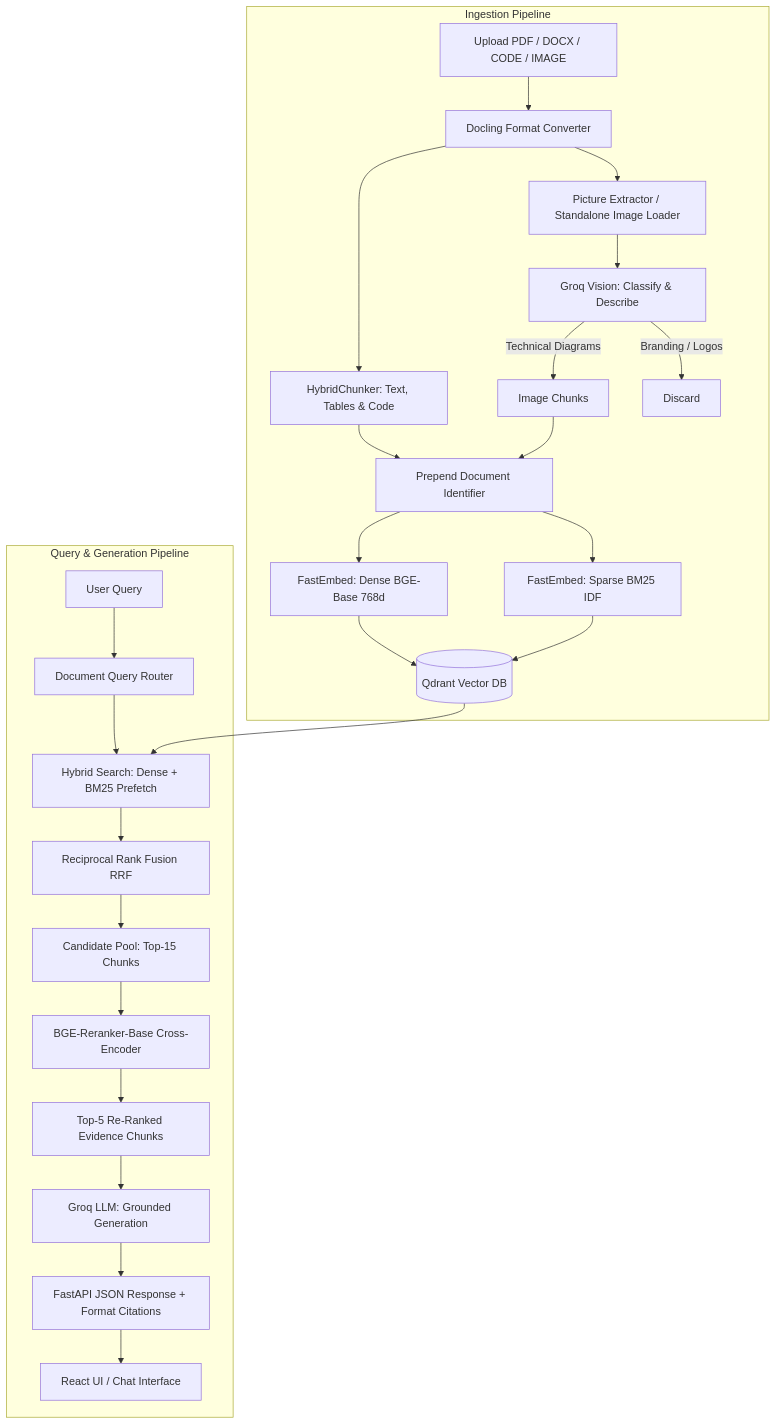
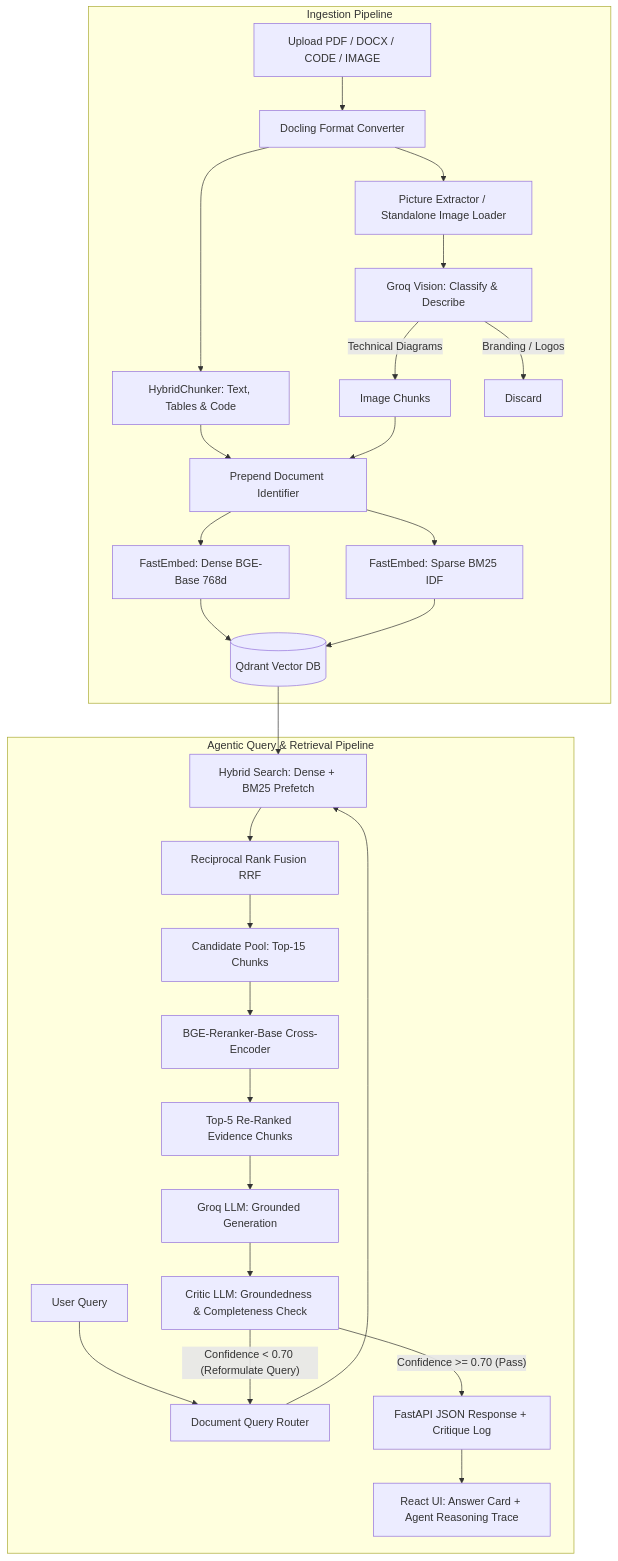
Before and after one commit to saikiran9346/Multimodal: the diagram in README.md, drawn with Mermaid. The commit also changed other lines of this file, not shown here.

Commit message:
docs: update README with Self-Critique Agent architecture, workflow diagram, UI mock & project structure

````diff
--- a/README.md
+++ b/README.md
@@ -42,30 +43,32 @@
 ```mermaid
 graph TD
     subgraph Ingestion Pipeline
         A[Upload PDF / DOCX / CODE / IMAGE] --> B[Docling Format Converter]
         B --> C[HybridChunker: Text, Tables & Code]
         B --> D[Picture Extractor / Standalone Image Loader]
         D --> E[Groq Vision: Classify & Describe]
         E -- Technical Diagrams --> F[Image Chunks]
         E -- Branding / Logos --> G[Discard]
         C --> H[Prepend Document Identifier]
         F --> H
         H --> I[FastEmbed: Dense BGE-Base 768d]
         H --> J[FastEmbed: Sparse BM25 IDF]
         I --> K[(Qdrant Vector DB)]
         J --> K
     end
 
-    subgraph Query & Generation Pipeline
+    subgraph Agentic Query & Retrieval Pipeline
         L[User Query] --> M[Document Query Router]
         M --> N[Hybrid Search: Dense + BM25 Prefetch]
         K --> N
         N --> O[Reciprocal Rank Fusion RRF]
         O --> P[Candidate Pool: Top-15 Chunks]
         P --> Q[BGE-Reranker-Base Cross-Encoder]
         Q --> R[Top-5 Re-Ranked Evidence Chunks]
         R --> S[Groq LLM: Grounded Generation]
-        S --> T[FastAPI JSON Response + Format Citations]
-        T --> U[React UI / Chat Interface]
+        S --> T[Critic LLM: Groundedness & Completeness Check]
+        T -- "Confidence < 0.70 (Reformulate Query)" --> M
+        T -- "Confidence >= 0.70 (Pass)" --> U[FastAPI JSON Response + Critique Log]
+        U --> V[React UI: Answer Card + Agent Reasoning Trace]
     end
 ```
````
